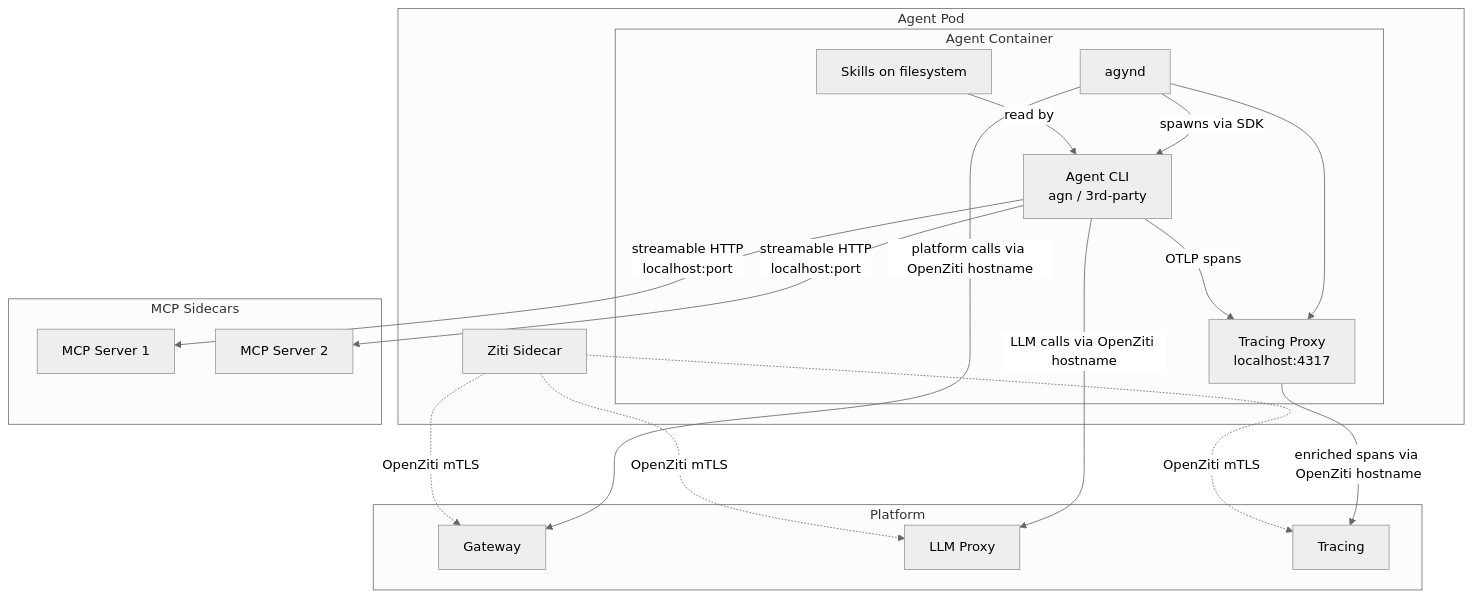
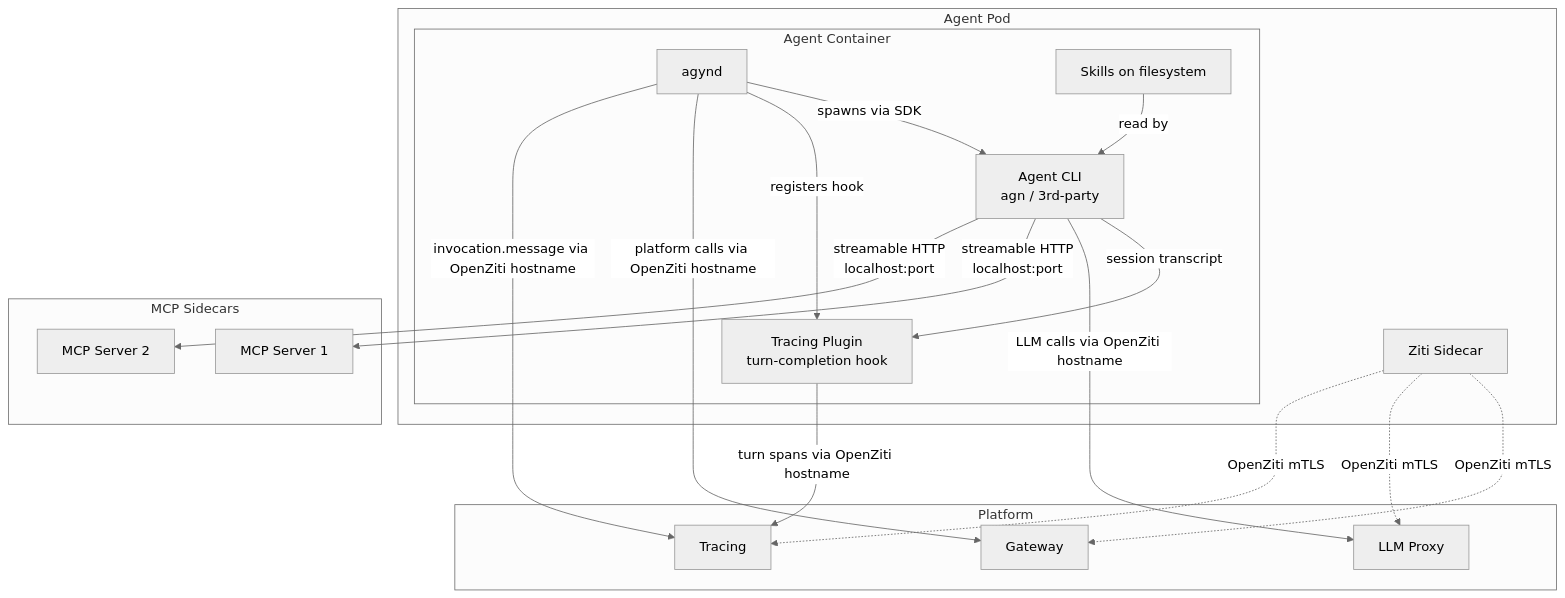
One commit to agynio/architecture changed the first of 2 diagrams in architecture/agynd-cli.md. Above: the diagram before and after it, drawn with Mermaid (neutral theme). The commit also changed other lines of this file and 3 other files, not shown here.

First line of the commit message:
Export spans to Tracing directly, and drop the proxy

````diff
--- a/architecture/agynd-cli.md
+++ b/architecture/agynd-cli.md
@@ -273,36 +272,37 @@
 ```mermaid
 graph TB
     subgraph "Agent Pod"
         ZitiSidecar[Ziti Sidecar]
         subgraph "Agent Container"
             agynd[agynd]
             AgentCLI[Agent CLI<br/>agn / 3rd-party]
-            TracingProxy[Tracing Proxy<br/>localhost:4317]
+            Plugin[Tracing Plugin<br/>turn-completion hook]
             Skills[Skills on filesystem]
 
             agynd -->|spawns via SDK| AgentCLI
-            agynd --> TracingProxy
+            agynd -->|registers hook| Plugin
             Skills -->|read by| AgentCLI
-            AgentCLI -->|OTLP spans| TracingProxy
+            AgentCLI -->|session transcript| Plugin
         end
     end
 
     subgraph "MCP Sidecars"
         MCP1[MCP Server 1]
         MCP2[MCP Server 2]
     end
 
     subgraph Platform
         Gateway
         LLMProxy[LLM Proxy]
         Tracing[Tracing]
     end
 
     agynd -->|platform calls via OpenZiti hostname| Gateway
     AgentCLI -->|LLM calls via OpenZiti hostname| LLMProxy
     AgentCLI -->|streamable HTTP<br/>localhost:port| MCP1 & MCP2
-    TracingProxy -->|enriched spans via OpenZiti hostname| Tracing
+    Plugin -->|turn spans via OpenZiti hostname| Tracing
+    agynd -->|invocation.message via OpenZiti hostname| Tracing
     ZitiSidecar -.->|OpenZiti mTLS| Gateway
     ZitiSidecar -.->|OpenZiti mTLS| LLMProxy
     ZitiSidecar -.->|OpenZiti mTLS| Tracing
 ```
````
